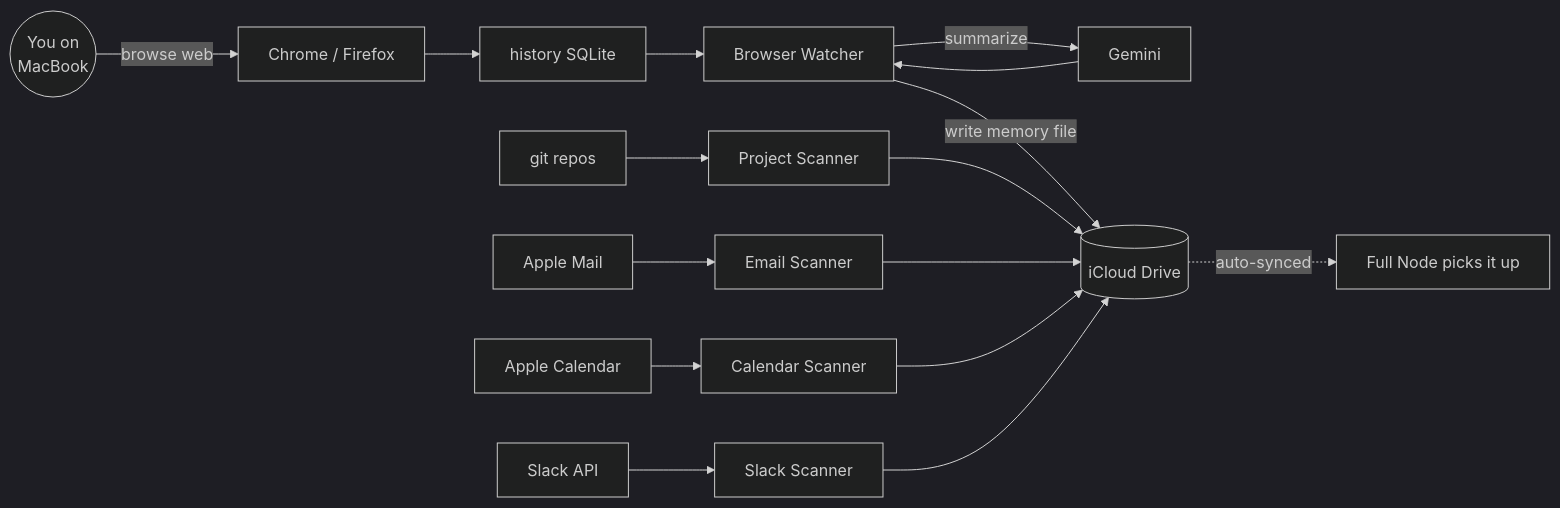
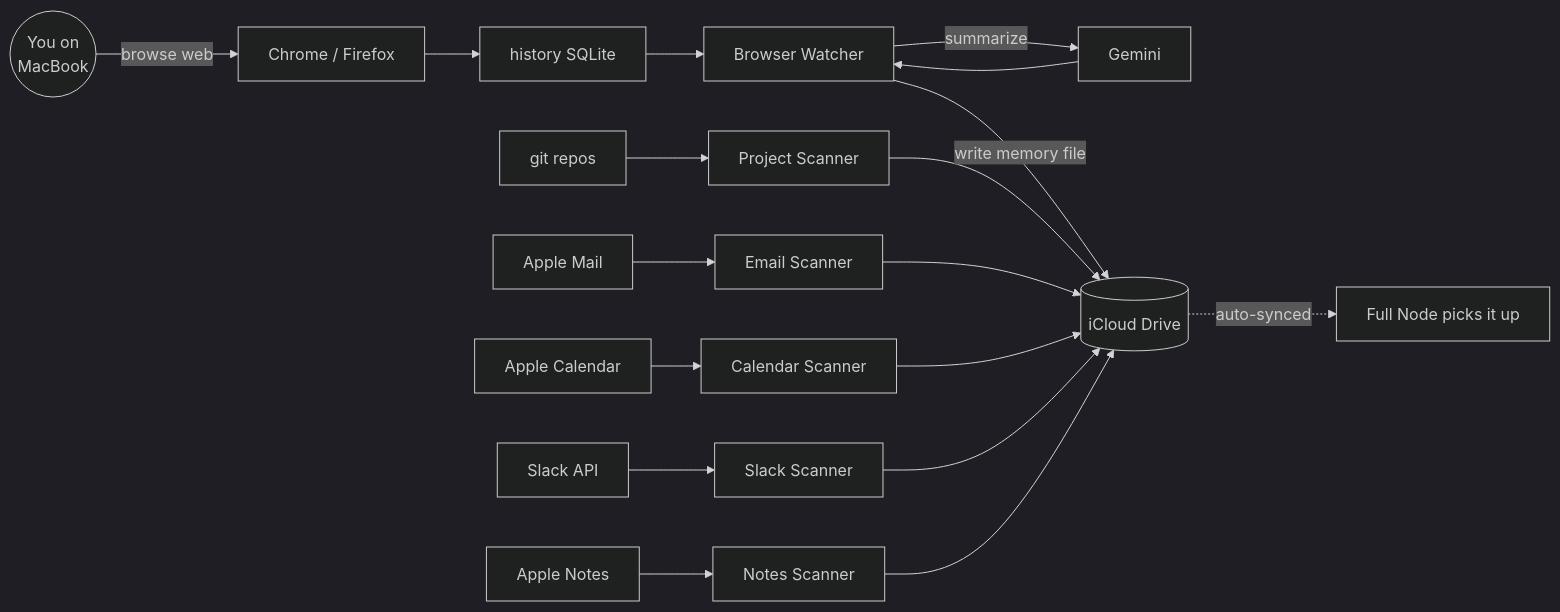
The third of 9 diagrams in README.md (chrisbrobertson/felix), drawn with Mermaid (dark theme) before and after one commit. The commit also changed other lines of this file and 11 other files, not shown here.

First line of the commit message:
feat(notes): Apple Notes scanner with /notes command (#117)

````diff
--- a/README.md
+++ b/README.md
@@ -126,18 +127,20 @@
 ```mermaid
 flowchart LR
     YOU((You on\nMacBook)) -->|browse web| CHROME[Chrome / Firefox]
     CHROME --> HIST[history SQLite]
     HIST --> BW[Browser Watcher]
     BW -->|summarize| GEM[Gemini]
     GEM --> BW
     BW -->|write memory file| CLOUD[(iCloud Drive)]
     GIT[git repos] --> PS[Project Scanner]
     MAIL[Apple Mail] --> ES[Email Scanner]
     CAL[Apple Calendar] --> CS[Calendar Scanner]
     SLACK[Slack API] --> SS[Slack Scanner]
+    NOTES[Apple Notes] --> NS[Notes Scanner]
     PS --> CLOUD
     ES --> CLOUD
     CS --> CLOUD
     SS --> CLOUD
+    NS --> CLOUD
     CLOUD -.->|auto-synced| FULL[Full Node picks it up]
 ```
````
